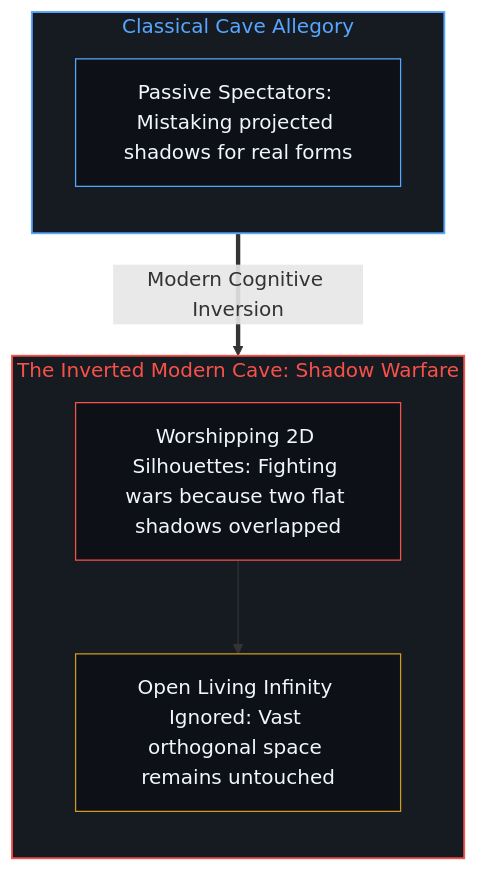
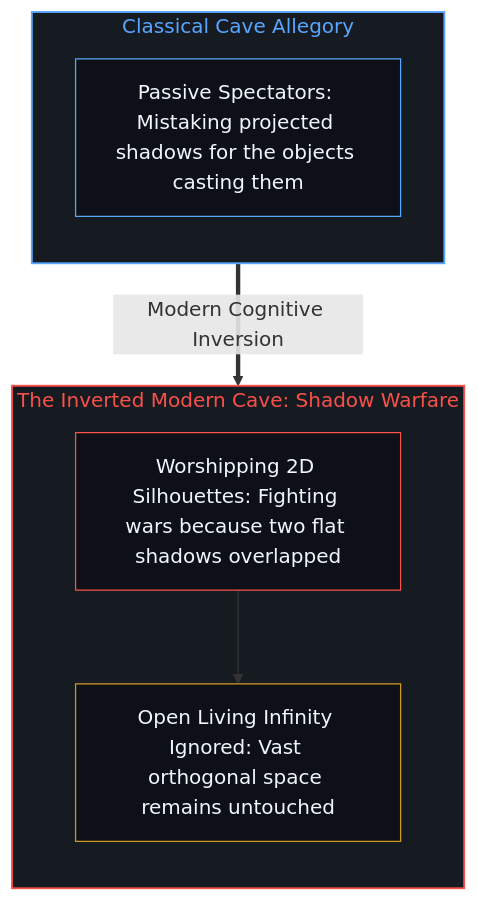
Before and after one commit to powerpig99/not-a-toe: the eighth of 10 diagrams in content/posts/the-shadow-and-the-infinite.md, drawn with Mermaid. The commit also changed other lines of this file and 5 other files, not shown here.

````diff
--- a/content/posts/the-shadow-and-the-infinite.md
+++ b/content/posts/the-shadow-and-the-infinite.md
@@ -260,22 +237,19 @@
 ```mermaid
 flowchart TD
     subgraph PlatoOriginal["Classical Cave Allegory"]
         direction TB
-        PrisonerA["Passive Spectators: Mistaking projected shadows for real forms"]
+        PrisonerA["Passive Spectators: Mistaking projected shadows for the objects casting them"]
     end
-
     subgraph InvertedCave["The Inverted Modern Cave: Shadow Warfare"]
         direction TB
         ShadowClash["Worshipping 2D Silhouettes: Fighting wars because two flat shadows overlapped"]
         IgnoredInfinity["Open Living Infinity Ignored: Vast orthogonal space remains untouched"]
         ShadowClash --> IgnoredInfinity
     end
-
     PrisonerA ==>|"Modern Cognitive Inversion"| ShadowClash
-
     style PlatoOriginal fill:#161b22,stroke:#58a6ff,stroke-width:1.5px,color:#58a6ff
     style InvertedCave fill:#161b22,stroke:#f85149,stroke-width:1.5px,color:#f85149
     style PrisonerA fill:#0d1117,stroke:#58a6ff,stroke-width:1px,color:#f0f6fc
     style ShadowClash fill:#0d1117,stroke:#f85149,stroke-width:1px,color:#f0f6fc
     style IgnoredInfinity fill:#0d1117,stroke:#d29922,stroke-width:1px,color:#f0f6fc
 ```
````
